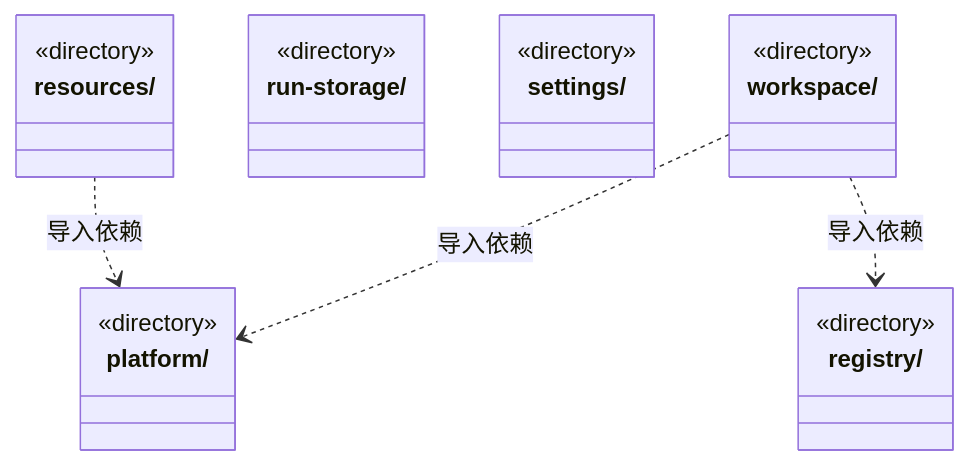
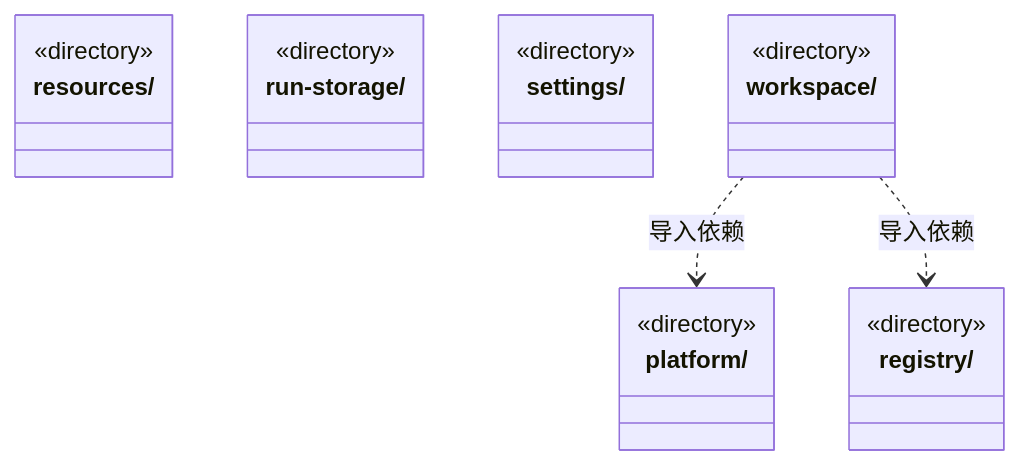
The third of 7 diagrams in src/backend/main/ARCHITECTURE.md (nan023062/cbim), drawn with Mermaid before and after one commit. The commit also changed other lines of this file and 48 other files, not shown here.

````diff
--- a/src/backend/main/ARCHITECTURE.md
+++ b/src/backend/main/ARCHITECTURE.md
@@ -70,24 +70,23 @@
 ```mermaid
 classDiagram
 class N_src_backend_main_platform["platform/"] {
   <<directory>>
 }
 class N_src_backend_main_registry["registry/"] {
   <<directory>>
 }
 class N_src_backend_main_resources["resources/"] {
   <<directory>>
 }
 class N_src_backend_main_run_storage["run-storage/"] {
   <<directory>>
 }
 class N_src_backend_main_settings["settings/"] {
   <<directory>>
 }
 class N_src_backend_main_workspace["workspace/"] {
   <<directory>>
 }
-N_src_backend_main_resources ..> N_src_backend_main_platform : 导入依赖
 N_src_backend_main_workspace ..> N_src_backend_main_platform : 导入依赖
 N_src_backend_main_workspace ..> N_src_backend_main_registry : 导入依赖
 ```
````
